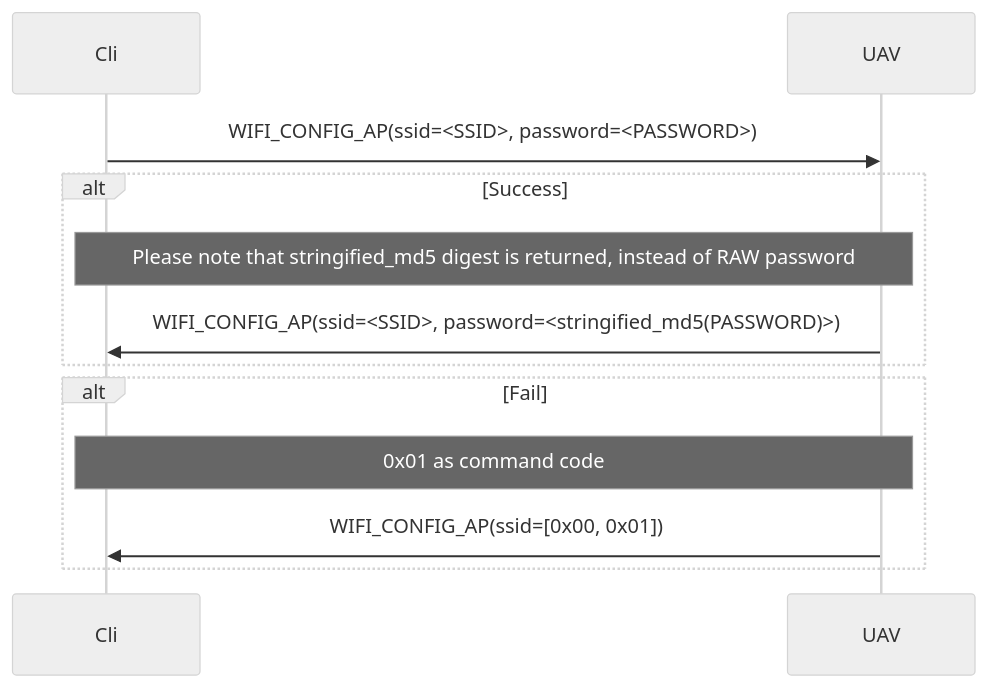
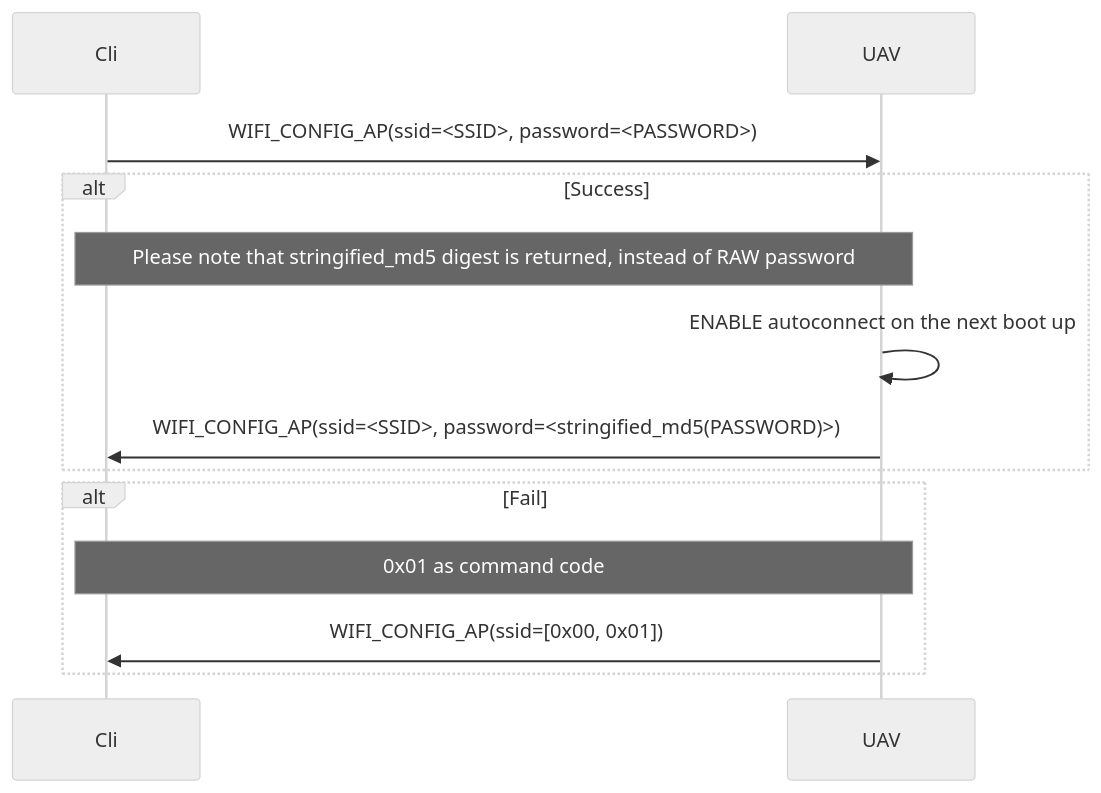
The first of 6 diagrams in pioneer_sdk/mavsub/README.md (geoscan/pioneer_sdk), drawn with Mermaid (neutral theme) before and after one commit. The commit also changed other lines of this file, not shown here.

````diff
--- a/pioneer_sdk/mavsub/README.md
+++ b/pioneer_sdk/mavsub/README.md
@@ -64,16 +70,17 @@
 ```mermaid
 sequenceDiagram
 	participant Cli
 	participant UAV
 	Cli ->> UAV: WIFI_CONFIG_AP(ssid=<SSID>, password=<PASSWORD>)
 
 	alt Success
 		note over UAV, Cli: Please note that stringified_md5 digest is returned, instead of RAW password
+		UAV ->> UAV: ENABLE autoconnect on the next boot up
 		UAV ->> Cli: WIFI_CONFIG_AP(ssid=<SSID>, password=<stringified_md5(PASSWORD)>)
 	end
 
 	alt Fail
 		note over UAV, Cli: 0x01 as command code
 		UAV ->> Cli: WIFI_CONFIG_AP(ssid=[0x00, 0x01])
 	end
 ```
````
